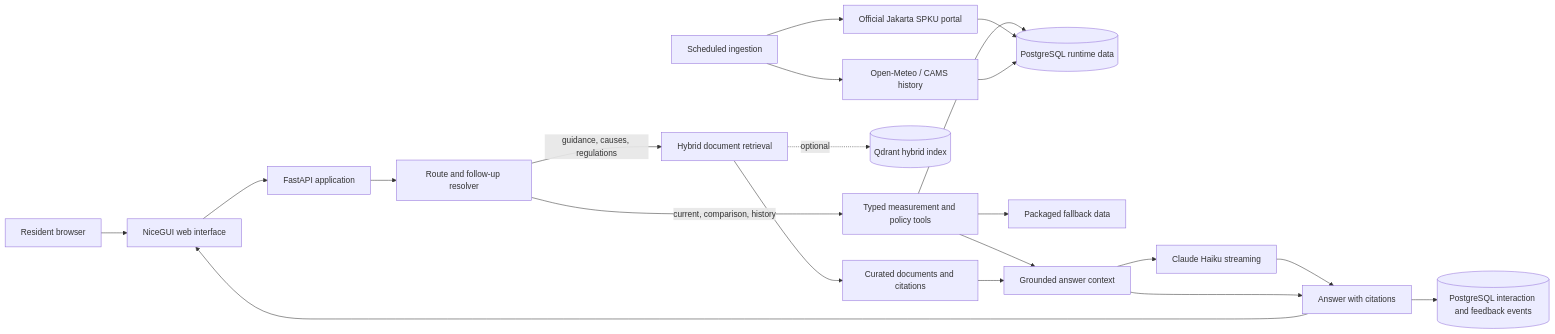
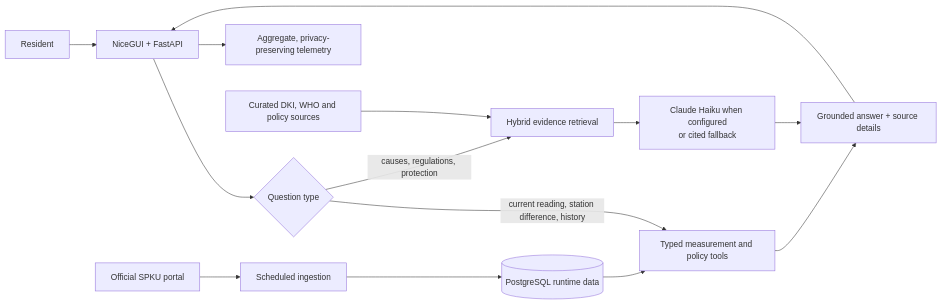
One commit to aasnani/napas-jakarta changed the diagram in README.md. Above: the diagram before and after it, drawn with Mermaid. The commit also changed other lines of this file, not shown here.

````diff
--- a/README.md
+++ b/README.md
@@ -59,23 +71,16 @@
-```mermaid
+~~~mermaid
 flowchart LR
-    B[Resident browser] --> UI[NiceGUI web interface]
-    UI --> API[FastAPI application]
-    API --> R[Route and follow-up resolver]
-    R -->|current, comparison, history| T[Typed measurement and policy tools]
-    R -->|guidance, causes, regulations| RET[Hybrid document retrieval]
-    T --> D[(PostgreSQL runtime data)]
-    T --> F[Packaged fallback data]
-    RET --> C[Curated documents and citations]
-    RET -. optional .-> Q[(Qdrant hybrid index)]
-    T --> G[Grounded answer context]
-    C --> G
-    G --> L[Claude Haiku streaming]
-    L --> A[Answer with citations]
-    G --> A
-    A --> UI
-    A --> M[(PostgreSQL interaction and feedback events)]
-    I[Scheduled ingestion] --> S[Official Jakarta SPKU portal]
-    I --> H[Open-Meteo / CAMS history]
-    S --> D
-    H --> D
-```
+  U[Resident] --> W[NiceGUI + FastAPI]
+  W --> R{Question type}
+  R -->|current reading, station difference, history| T[Typed measurement and policy tools]
+  R -->|causes, regulations, protection| H[Hybrid evidence retrieval]
+  S[Official SPKU portal] --> I[Scheduled ingestion]
+  I --> P[(PostgreSQL runtime data)]
+  P --> T
+  D[Curated DKI, WHO and policy sources] --> H
+  T --> A[Grounded answer + source details]
+  H --> L[Claude Haiku when configured<br/>or cited fallback]
+  L --> A
+  A --> W
+  W --> M[Aggregate, privacy-preserving telemetry]
+~~~
````
